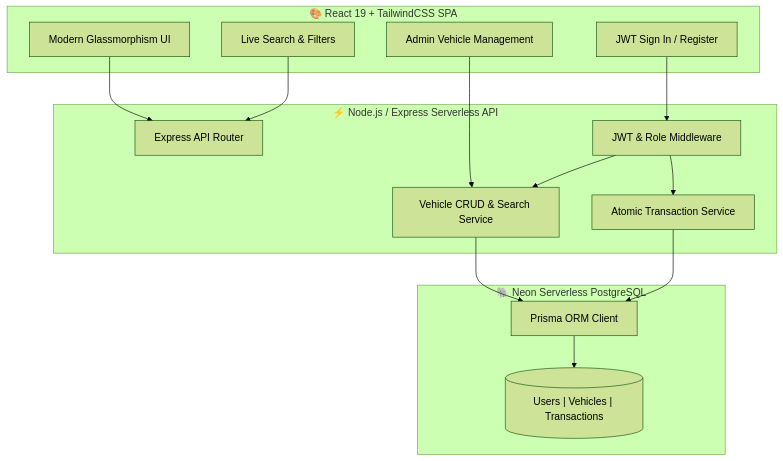
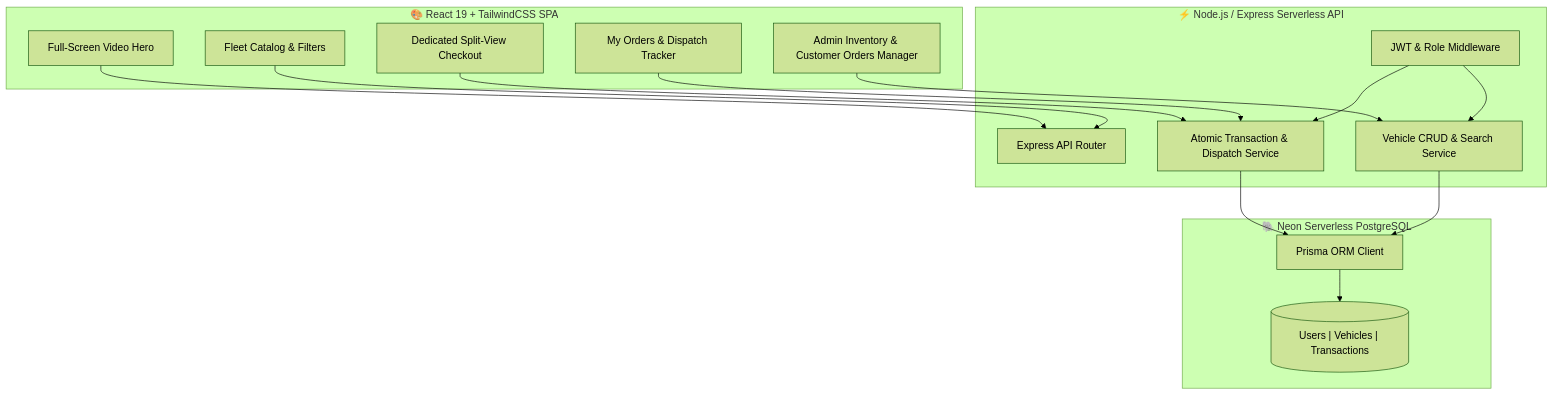
Before and after one commit to milantarsariya1/Car-Dealership-Inventory-System: the diagram in README.md, drawn with Mermaid (forest theme). The commit also changed other lines of this file, not shown here.

````diff
--- a/README.md
+++ b/README.md
@@ -51,33 +43,35 @@
 ```mermaid
 flowchart TD
     subgraph Frontend["🎨 React 19 + TailwindCSS SPA"]
-        UI["Modern Glassmorphism UI"]
-        Search["Live Search & Filters"]
-        AuthModal["JWT Sign In / Register"]
-        AdminDashboard["Admin Vehicle Management"]
+        Hero["Full-Screen Video Hero"]
+        Catalog["Fleet Catalog & Filters"]
+        Checkout["Dedicated Split-View Checkout"]
+        OrdersPage["My Orders & Dispatch Tracker"]
+        AdminManager["Admin Inventory & Customer Orders Manager"]
     end
 
     subgraph Backend["⚡ Node.js / Express Serverless API"]
         Router["Express API Router"]
         JWTAuth["JWT & Role Middleware"]
         VehicleService["Vehicle CRUD & Search Service"]
-        InventoryService["Atomic Transaction Service"]
+        InventoryService["Atomic Transaction & Dispatch Service"]
     end
 
     subgraph Database["🐘 Neon Serverless PostgreSQL"]
         Prisma["Prisma ORM Client"]
         Tables[("Users | Vehicles | Transactions")]
     end
 
-    UI --> Router
-    Search --> Router
-    AuthModal --> JWTAuth
-    AdminDashboard --> VehicleService
+    Hero --> Router
+    Catalog --> Router
+    Checkout --> InventoryService
+    OrdersPage --> InventoryService
+    AdminManager --> VehicleService
     
     JWTAuth --> VehicleService
     JWTAuth --> InventoryService
     
     VehicleService --> Prisma
     InventoryService --> Prisma
     Prisma --> Tables
 ```
````
